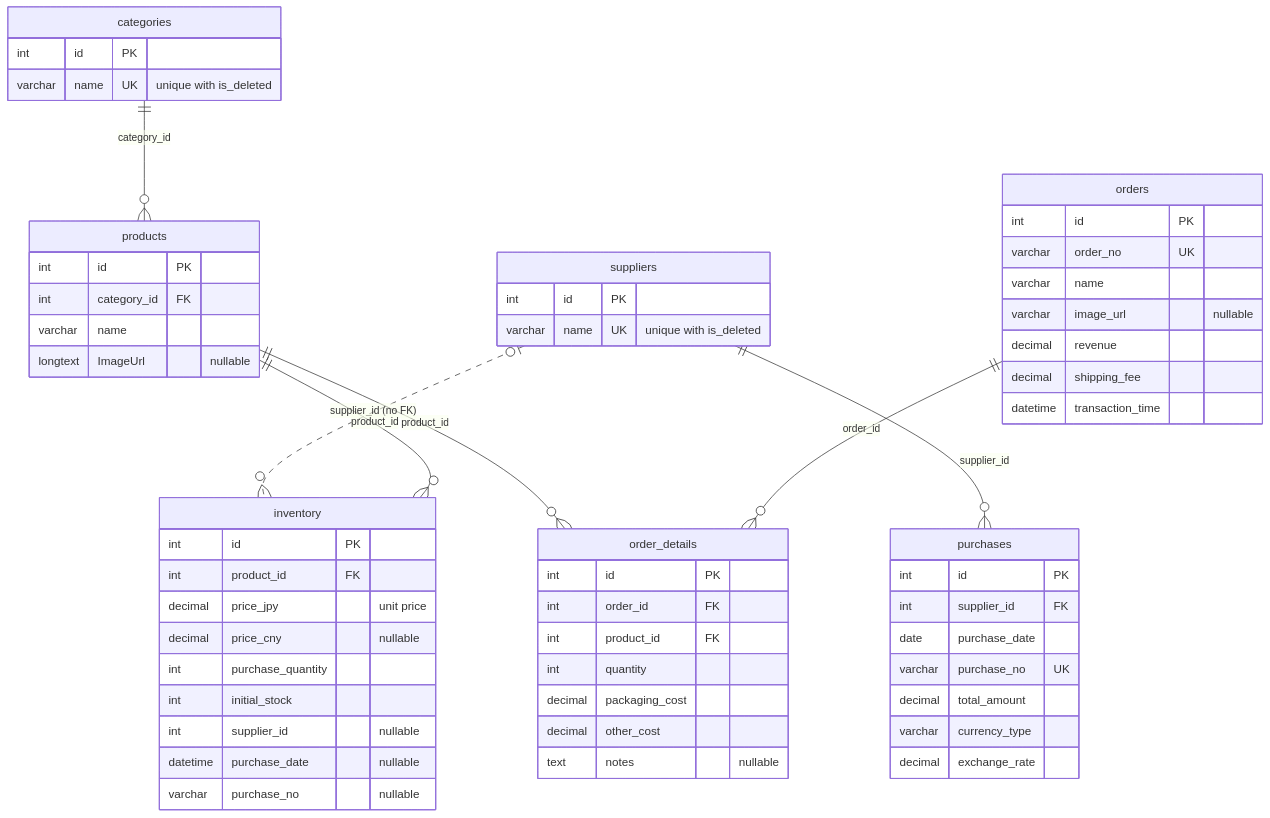
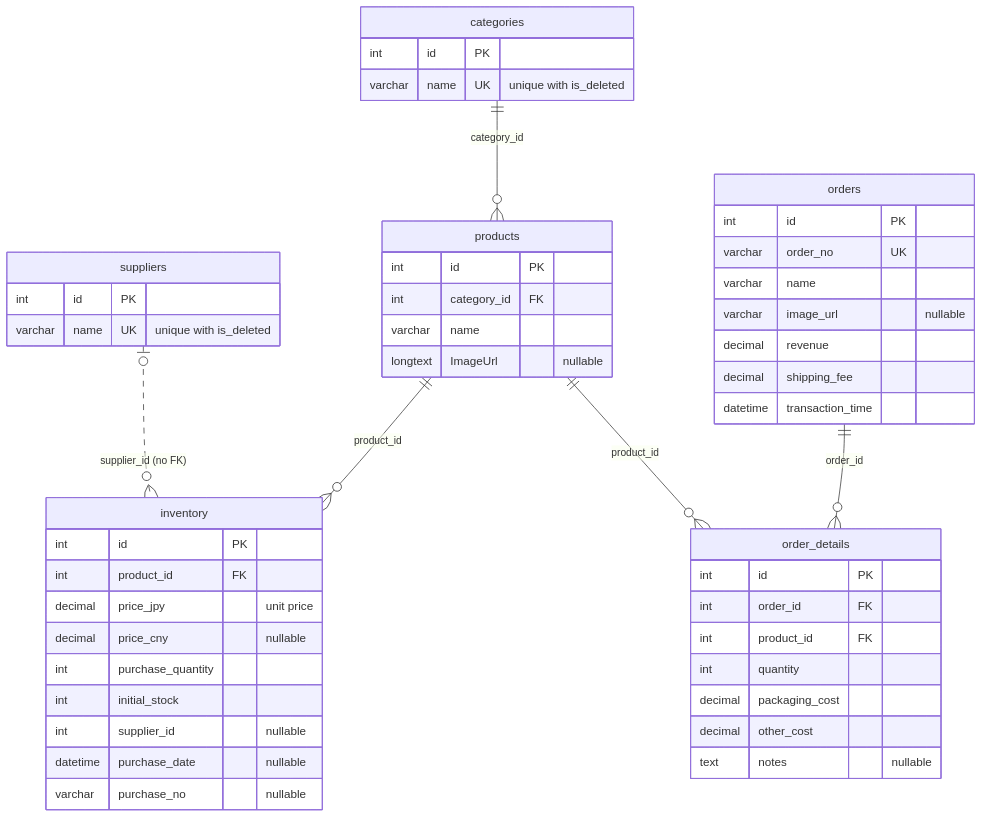
Before and after one commit to DavidwithD/InventoryHub: the diagram in docs/database-schema.md, drawn with Mermaid. The commit also changed other lines of this file and 27 other files, not shown here.

````diff
--- a/docs/database-schema.md
+++ b/docs/database-schema.md
@@ -7,62 +7,52 @@
 ```mermaid
 erDiagram
     categories ||--o{ products : "category_id"
-    suppliers ||--o{ purchases : "supplier_id"
     suppliers |o..o{ inventory : "supplier_id (no FK)"
     products ||--o{ inventory : "product_id"
     products ||--o{ order_details : "product_id"
     orders ||--o{ order_details : "order_id"
 
     categories {
         int id PK
         varchar name UK "unique with is_deleted"
     }
     suppliers {
         int id PK
         varchar name UK "unique with is_deleted"
     }
     products {
         int id PK
         int category_id FK
         varchar name
         longtext ImageUrl "nullable"
-    }
-    purchases {
-        int id PK
-        int supplier_id FK
-        date purchase_date
-        varchar purchase_no UK
-        decimal total_amount
-        varchar currency_type
-        decimal exchange_rate
     }
     inventory {
         int id PK
         int product_id FK
         decimal price_jpy "unit price"
         decimal price_cny "nullable"
         int purchase_quantity
         int initial_stock
         int supplier_id "nullable"
         datetime purchase_date "nullable"
         varchar purchase_no "nullable"
     }
     orders {
         int id PK
         varchar order_no UK
         varchar name
         varchar image_url "nullable"
         decimal revenue
         decimal shipping_fee
         datetime transaction_time
     }
     order_details {
         int id PK
         int order_id FK
         int product_id FK
         int quantity
         decimal packaging_cost
         decimal other_cost
         text notes "nullable"
     }
 ```
````
